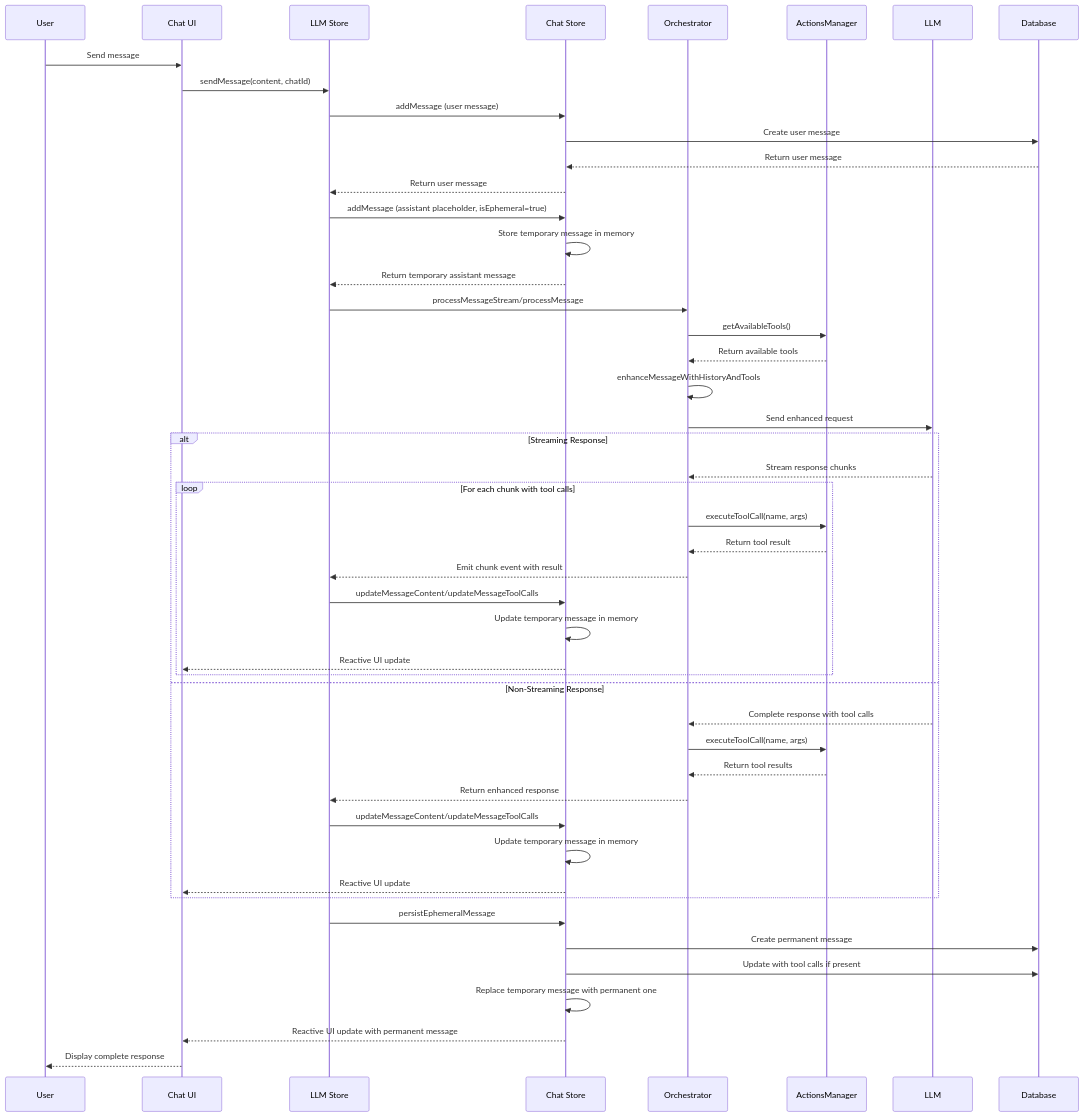
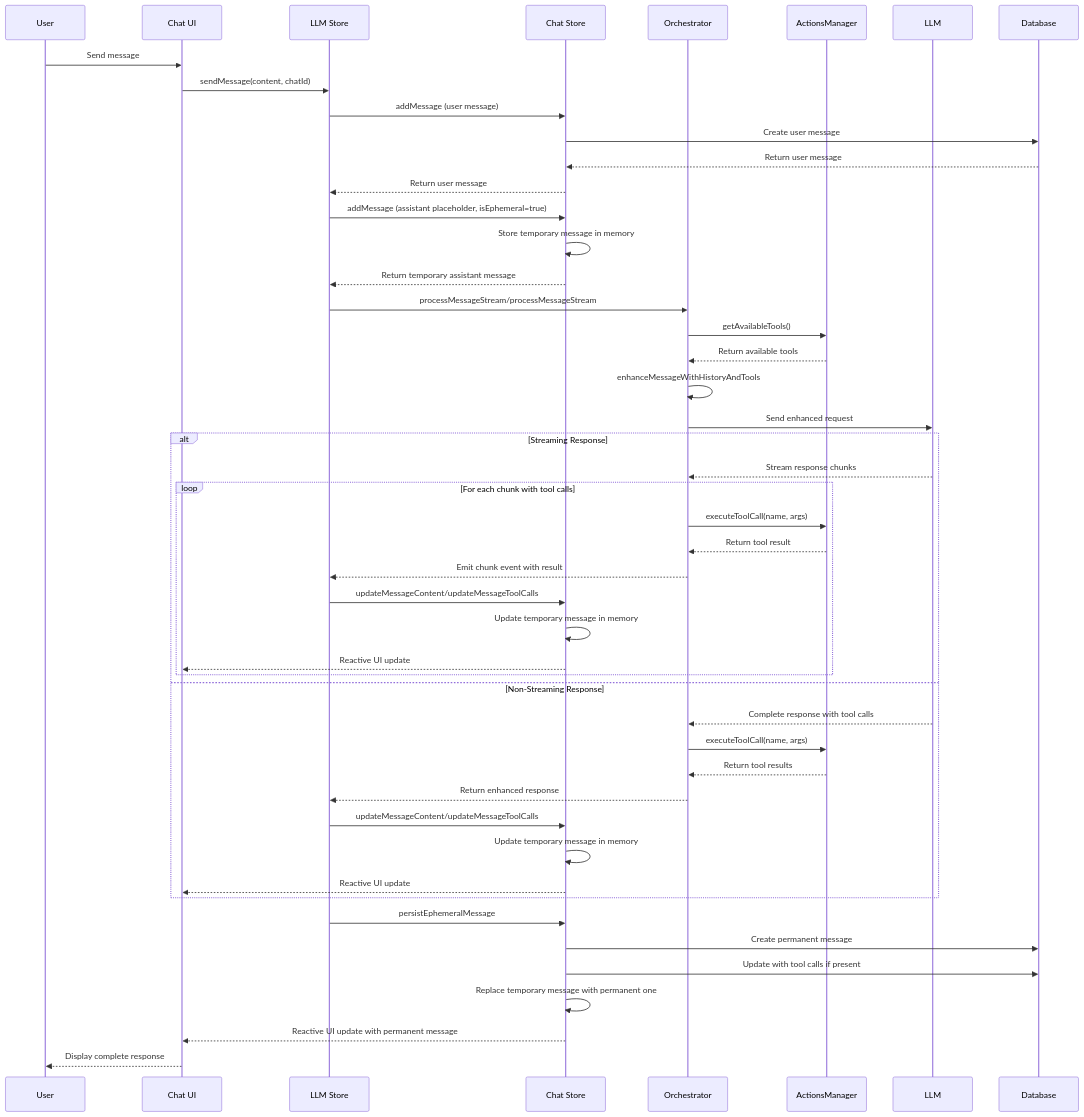
One commit to mrsimpson/piddie changed the fourth of 6 diagrams in packages/llm-integration/README.md. Above: the diagram before and after it, drawn with Mermaid. The commit also changed 5 other files, not shown here.

````diff
--- a/packages/llm-integration/README.md
+++ b/packages/llm-integration/README.md
@@ -214,57 +214,57 @@
 ```mermaid
 sequenceDiagram
     participant User
     participant ChatUI as Chat UI
     participant LlmStore as LLM Store
     participant ChatStore as Chat Store
     participant Orchestrator
     participant ActionsManager
     participant LLM
     participant DB as Database
 
     User->>ChatUI: Send message
     ChatUI->>LlmStore: sendMessage(content, chatId)
 
     LlmStore->>ChatStore: addMessage (user message)
     ChatStore->>DB: Create user message
     DB-->>ChatStore: Return user message
     ChatStore-->>LlmStore: Return user message
 
     LlmStore->>ChatStore: addMessage (assistant placeholder, isEphemeral=true)
     ChatStore->>ChatStore: Store temporary message in memory
     ChatStore-->>LlmStore: Return temporary assistant message
 
-    LlmStore->>Orchestrator: processMessageStream/processMessage
+    LlmStore->>Orchestrator: processMessageStream/processMessageStream
     Orchestrator->>ActionsManager: getAvailableTools()
     ActionsManager-->>Orchestrator: Return available tools
     Orchestrator->>Orchestrator: enhanceMessageWithHistoryAndTools
     Orchestrator->>LLM: Send enhanced request
 
     alt Streaming Response
         LLM-->>Orchestrator: Stream response chunks
         loop For each chunk with tool calls
             Orchestrator->>ActionsManager: executeToolCall(name, args)
             ActionsManager-->>Orchestrator: Return tool result
             Orchestrator-->>LlmStore: Emit chunk event with result
             LlmStore->>ChatStore: updateMessageContent/updateMessageToolCalls
             ChatStore->>ChatStore: Update temporary message in memory
             ChatStore-->>ChatUI: Reactive UI update
         end
     else Non-Streaming Response
         LLM-->>Orchestrator: Complete response with tool calls
         Orchestrator->>ActionsManager: executeToolCall(name, args)
         ActionsManager-->>Orchestrator: Return tool results
         Orchestrator-->>LlmStore: Return enhanced response
         LlmStore->>ChatStore: updateMessageContent/updateMessageToolCalls
         ChatStore->>ChatStore: Update temporary message in memory
         ChatStore-->>ChatUI: Reactive UI update
     end
 
     LlmStore->>ChatStore: persistEphemeralMessage
     ChatStore->>DB: Create permanent message
     ChatStore->>DB: Update with tool calls if present
     ChatStore->>ChatStore: Replace temporary message with permanent one
     ChatStore-->>ChatUI: Reactive UI update with permanent message
 
     ChatUI-->>User: Display complete response
 ```
````
